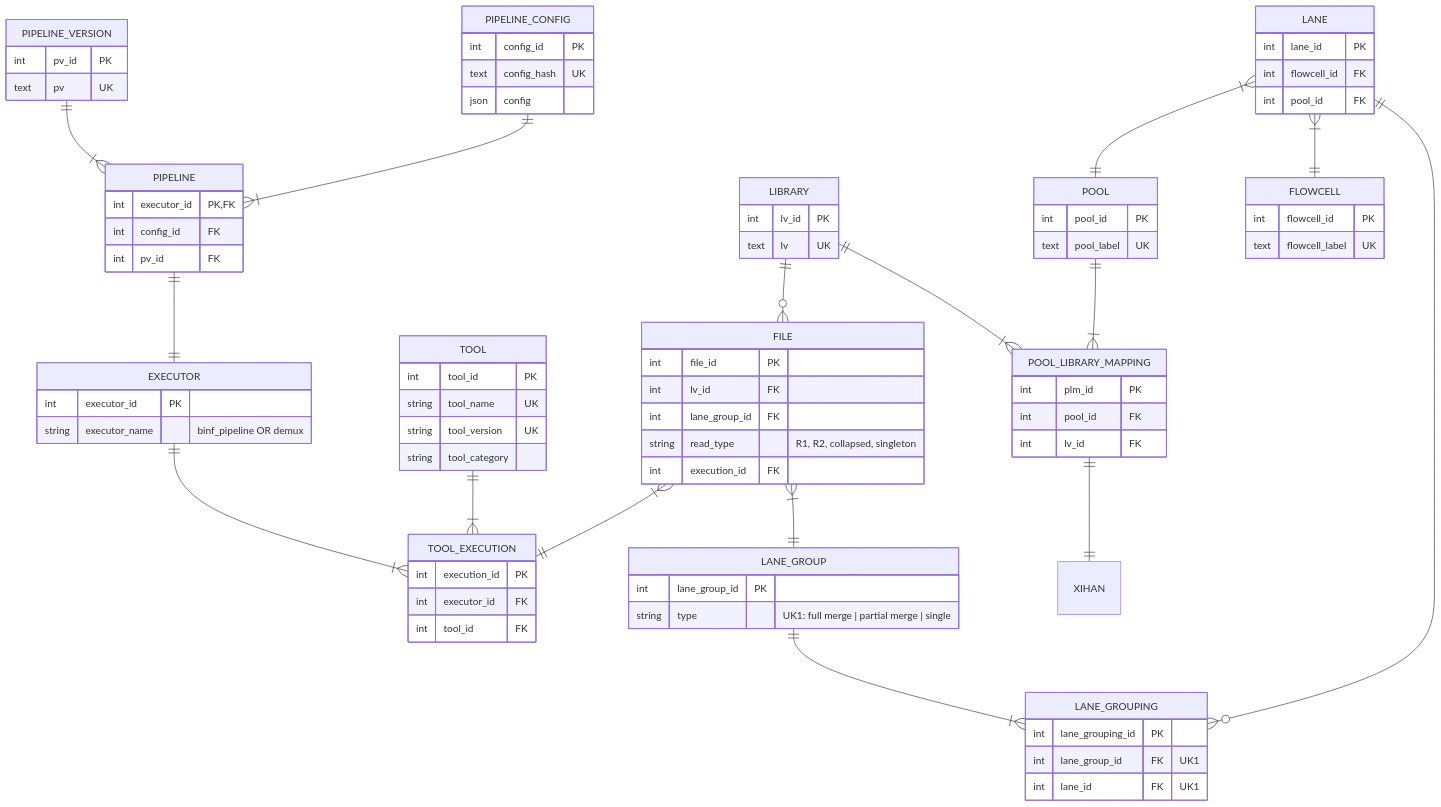
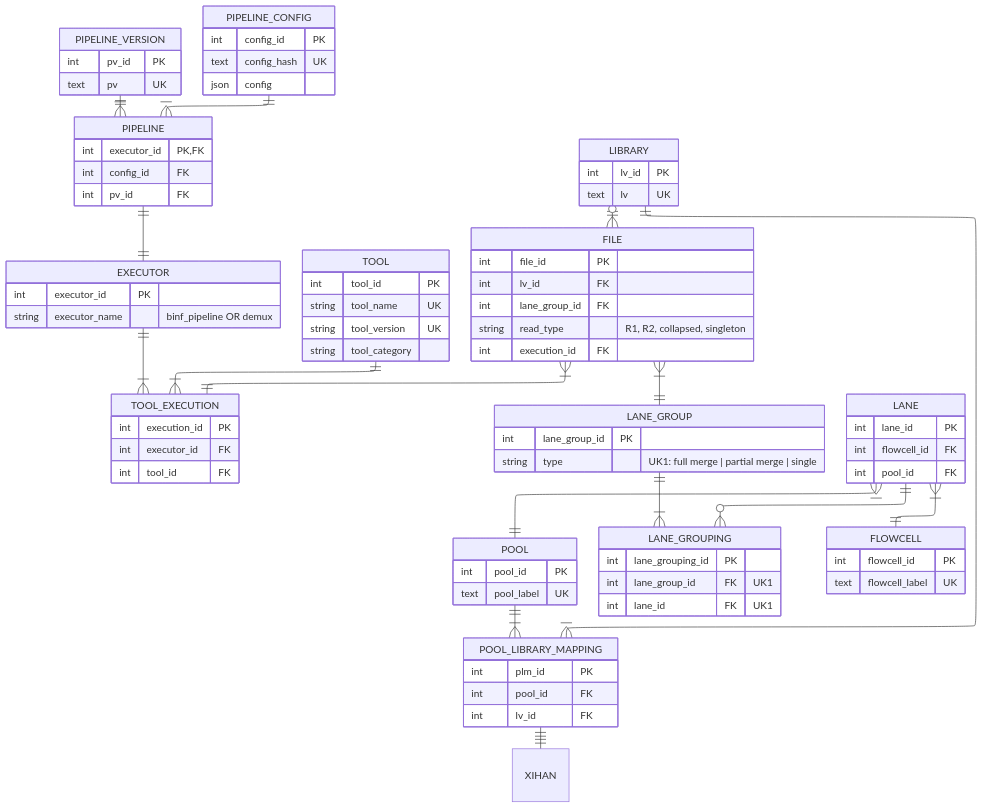
Before and after one commit to GeoGenetics/qc-parser: the diagram in diagrams/main diagrams/magnus/file_models/lane_group_v1.md, drawn with Mermaid. The commit also changed 3 other files, not shown here.

Commit message:
new diagram layouts

````diff
--- a/diagrams/main diagrams/magnus/file_models/lane_group_v1.md
+++ b/diagrams/main diagrams/magnus/file_models/lane_group_v1.md
@@ -4,4 +4,18 @@
 ```mermaid
+---
+config:
+  layout: elk
+  er:
+    layoutDirection: LR
+    nodeSpacing: 190
+    rankSpacing: 130
+    entityPadding: 9
+    minEntityWidth: 80
+    minEntityHeight: 50
+    fontSize: 11
+    diagramPadding: 20
+    useMaxWidth: false
+---
 erDiagram
     PIPELINE_VERSION ||--|{ PIPELINE : ""
     PIPELINE_CONFIG ||--|{ PIPELINE : ""
````
